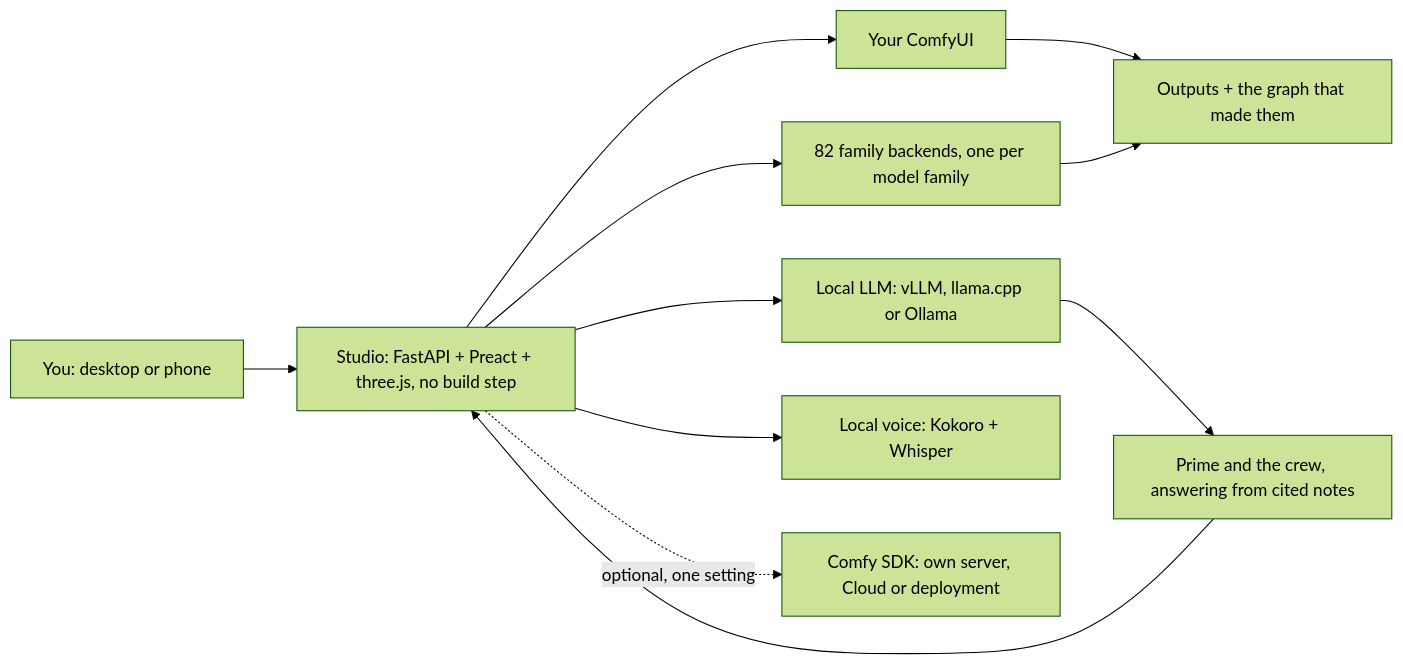
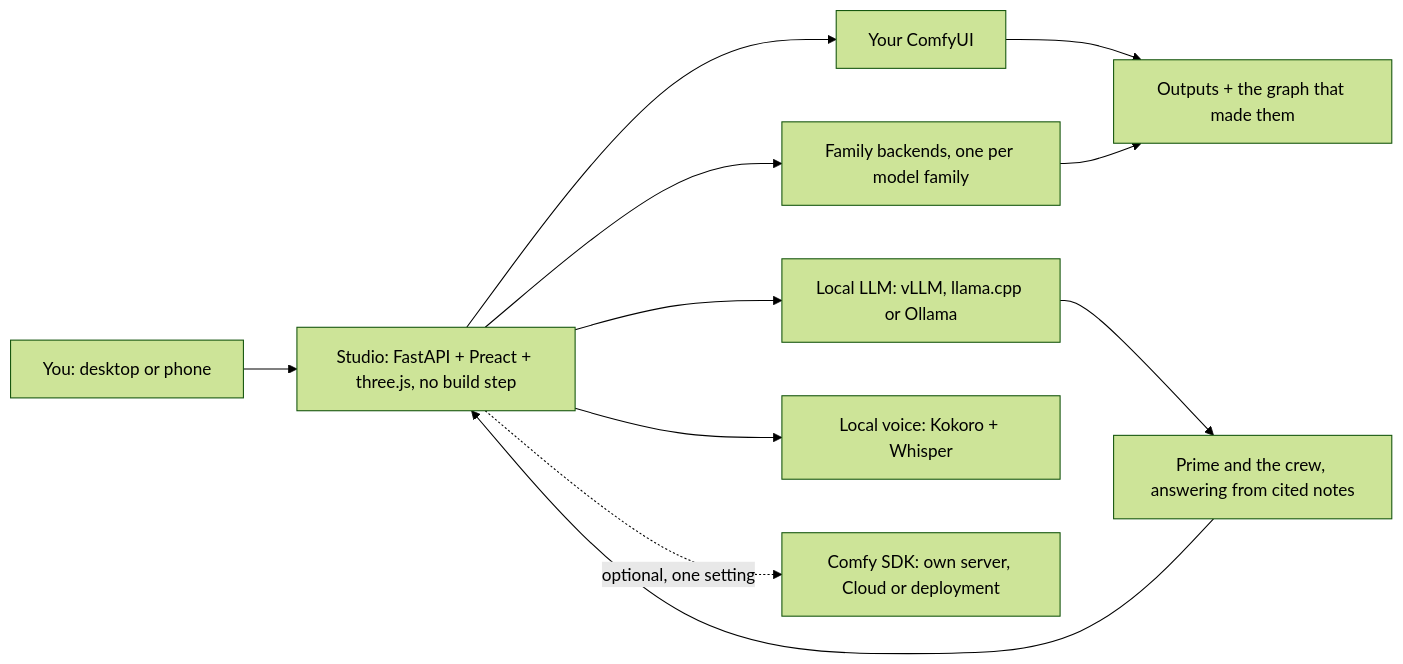
The diagram in README.md (nikhilash6/ComfyUI_Parametric_Studio), drawn with Mermaid (forest theme) before and after one commit. The commit also changed other lines of this file and 722 other files, not shown here.

````diff
--- a/README.md
+++ b/README.md
@@ -163,13 +191,13 @@
 ```mermaid
 flowchart LR
   U["You: desktop or phone"] --> S["Studio: FastAPI + Preact + three.js, no build step"]
   S --> C["Your ComfyUI"]
-  S --> F["82 family backends, one per model family"]
+  S --> F["Family backends, one per model family"]
   S --> L["Local LLM: vLLM, llama.cpp or Ollama"]
   S --> V["Local voice: Kokoro + Whisper"]
   S -. "optional, one setting" .-> K["Comfy SDK: own server, Cloud or deployment"]
   C --> O["Outputs + the graph that made them"]
   F --> O
   L --> A["Prime and the crew, answering from cited notes"]
   A --> S
 ```
````
